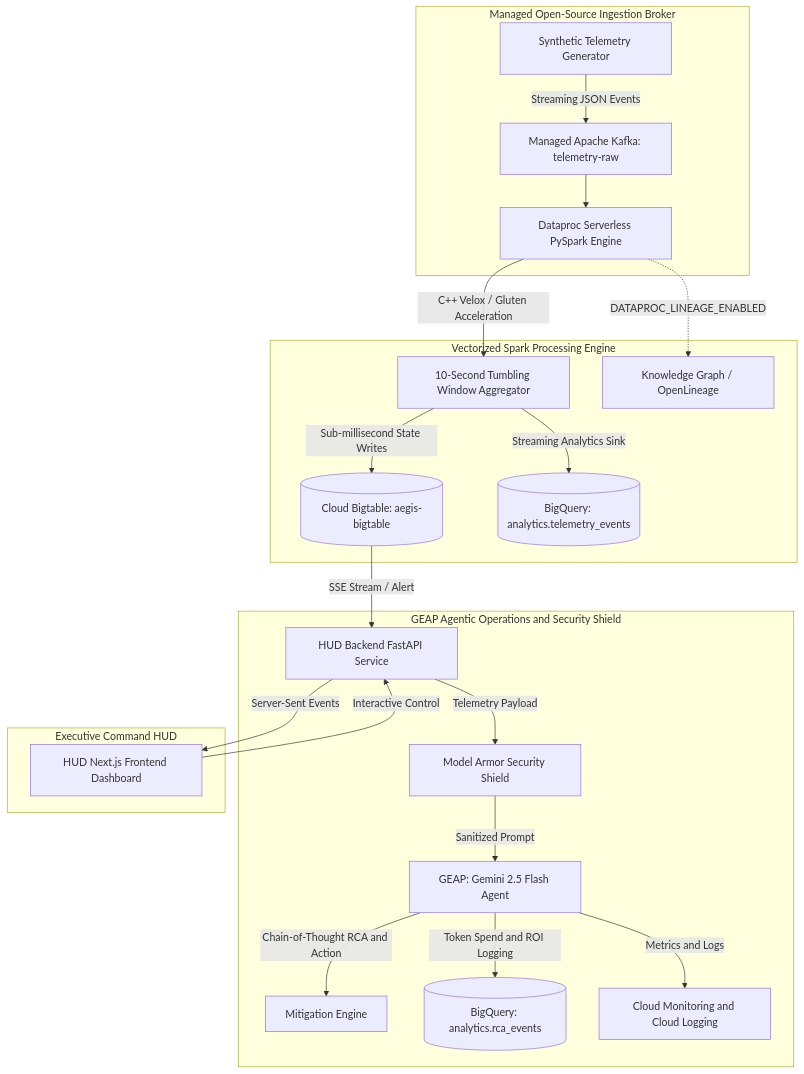
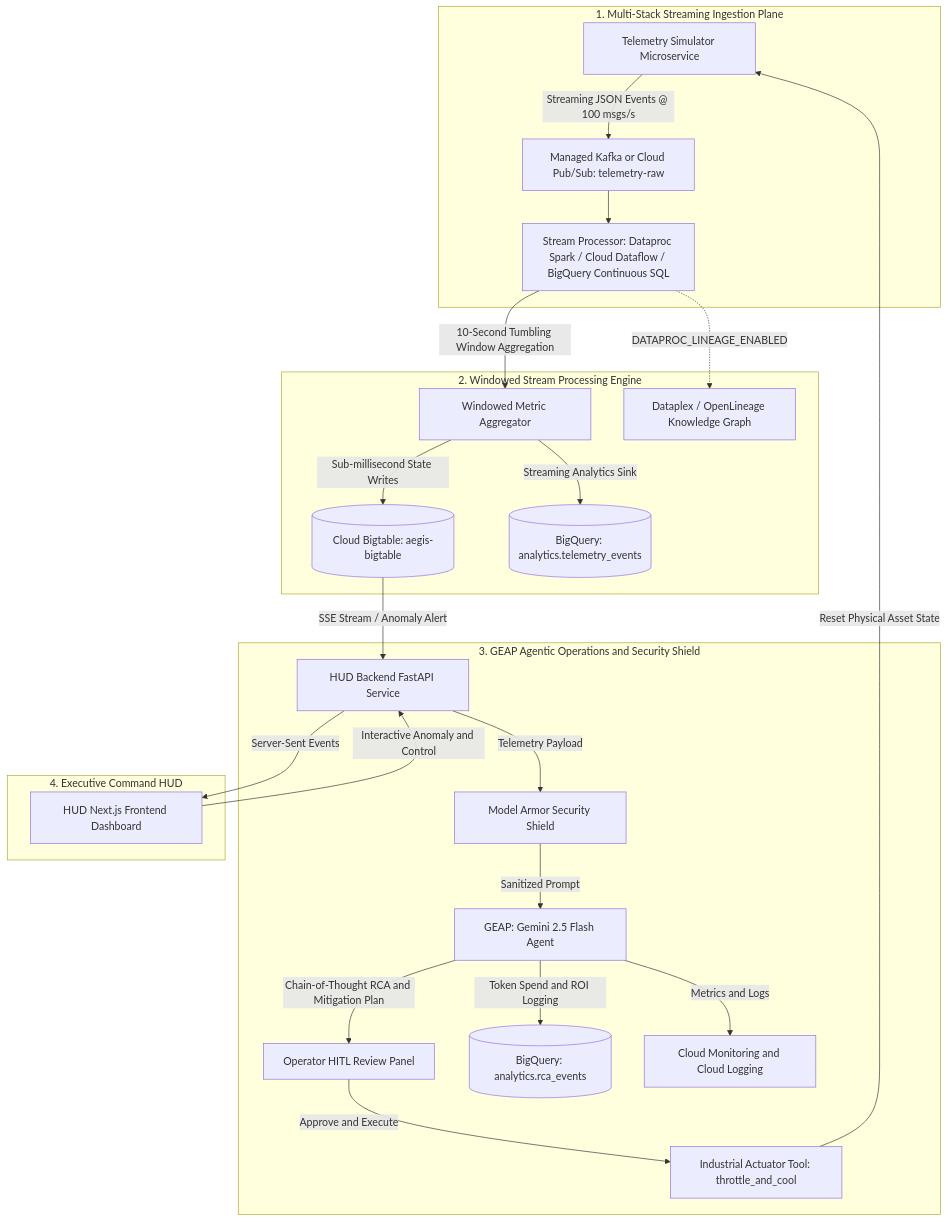
Before and after one commit to GoogleCloudPlatform/cloud-solutions: the diagram in projects/aegis-streaming-demo/README.md, drawn with Mermaid. The commit also changed other lines of this file and 100 other files, not shown here.

````diff
--- a/projects/aegis-streaming-demo/README.md
+++ b/projects/aegis-streaming-demo/README.md
@@ -26,28 +40,30 @@
 ```mermaid
 flowchart TD
-    subgraph Ingestion ["Managed Open-Source Ingestion Broker"]
-        A[Synthetic Telemetry Generator] -->|Streaming JSON Events| B[Managed Apache Kafka: telemetry-raw]
-        B --> C[Dataproc Serverless PySpark Engine]
+    subgraph Ingestion ["1. Multi-Stack Streaming Ingestion Plane"]
+        A[Telemetry Simulator Microservice] -->|Streaming JSON Events @ 100 msgs/s| B[Managed Kafka or Cloud Pub/Sub: telemetry-raw]
+        B --> C[Stream Processor: Dataproc Spark / Cloud Dataflow / BigQuery Continuous SQL]
     end
 
-    subgraph Processing ["Vectorized Spark Processing Engine"]
-        C -->|C++ Velox / Gluten Acceleration| D[10-Second Tumbling Window Aggregator]
+    subgraph Processing ["2. Windowed Stream Processing Engine"]
+        C -->|10-Second Tumbling Window Aggregation| D[Windowed Metric Aggregator]
         D -->|Sub-millisecond State Writes| E[(Cloud Bigtable: aegis-bigtable)]
         D -->|Streaming Analytics Sink| F[(BigQuery: analytics.telemetry_events)]
-        C -.->|DATAPROC_LINEAGE_ENABLED| G[Knowledge Graph / OpenLineage]
+        C -.->|DATAPROC_LINEAGE_ENABLED| G[Dataplex / OpenLineage Knowledge Graph]
     end
 
-    subgraph Agentic ["GEAP Agentic Operations and Security Shield"]
-        E -->|SSE Stream / Alert| H[HUD Backend FastAPI Service]
+    subgraph Agentic ["3. GEAP Agentic Operations and Security Shield"]
+        E -->|SSE Stream / Anomaly Alert| H[HUD Backend FastAPI Service]
         H -->|Telemetry Payload| I[Model Armor Security Shield]
         I -->|Sanitized Prompt| J[GEAP: Gemini 2.5 Flash Agent]
-        J -->|Chain-of-Thought RCA and Action| K[Mitigation Engine]
-        J -->|Token Spend and ROI Logging| L[(BigQuery: analytics.rca_events)]
-        J -->|Metrics and Logs| M[Cloud Monitoring and Cloud Logging]
+        J -->|Chain-of-Thought RCA and Mitigation Plan| K[Operator HITL Review Panel]
+        K -->|Approve and Execute| L[Industrial Actuator Tool: throttle_and_cool]
+        L -->|Reset Physical Asset State| A
+        J -->|Token Spend and ROI Logging| M[(BigQuery: analytics.rca_events)]
+        J -->|Metrics and Logs| N[Cloud Monitoring and Cloud Logging]
     end
 
-    subgraph Dashboard ["Executive Command HUD"]
-        H -->|Server-Sent Events| N[HUD Next.js Frontend Dashboard]
-        N -->|Interactive Control| H
+    subgraph Dashboard ["4. Executive Command HUD"]
+        H -->|Server-Sent Events| O[HUD Next.js Frontend Dashboard]
+        O -->|Interactive Anomaly and Control| H
     end
 ```
````
